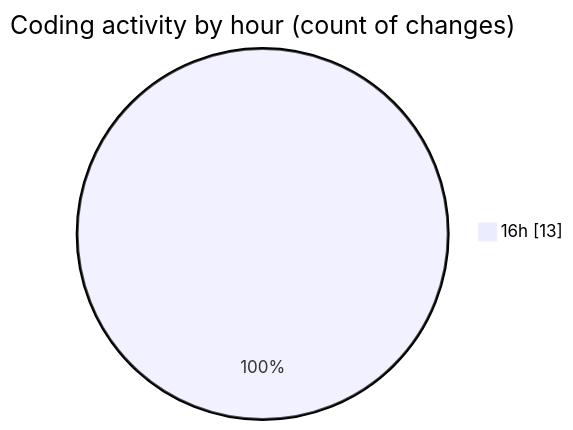
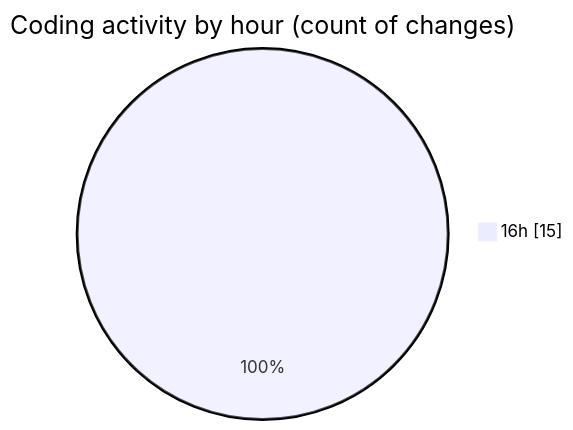
The second of 2 diagrams in 2025-01-26/trackers_app/README.md (donsfak/code-tracking), drawn with Mermaid before and after one commit. The commit also changed other lines of this file and 1 other file, not shown here.

````diff
--- a/2025-01-26/trackers_app/README.md
+++ b/2025-01-26/trackers_app/README.md
@@ -30,5 +30,5 @@
 ```mermaid
 pie showData
 title Coding activity by hour (count of changes)
-"16h" : 13
+"16h" : 15
 ```
````
